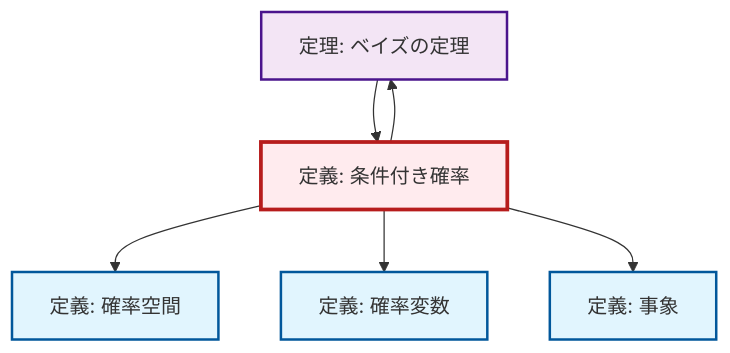
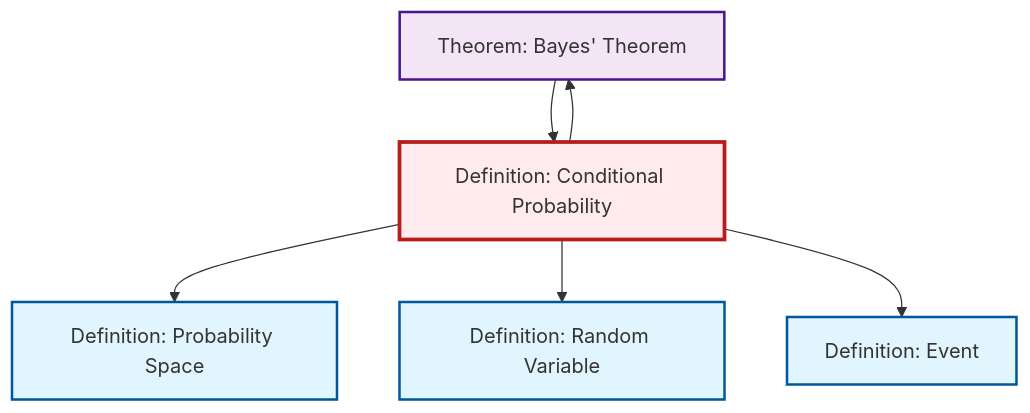
One commit to RK0429/ModernMath changed the diagram in content/ja/probability-statistics/def-conditional-probability.qmd. Above: the diagram before and after it, drawn with Mermaid. The commit also changed 203 other files, not shown here.

````diff
--- a/content/ja/probability-statistics/def-conditional-probability.qmd
+++ b/content/ja/probability-statistics/def-conditional-probability.qmd
@@ -70,25 +70,20 @@
 ```{mermaid}
-%%| fig-cap: "局所依存関係グラフ"
+%%| fig-cap: "Local dependency graph"
 graph TD
     classDef definition fill:#e1f5fe,stroke:#01579b,stroke-width:2px
     classDef theorem fill:#f3e5f5,stroke:#4a148c,stroke-width:2px
     classDef axiom fill:#fff3e0,stroke:#e65100,stroke-width:2px
     classDef example fill:#e8f5e9,stroke:#1b5e20,stroke-width:2px
     classDef current fill:#ffebee,stroke:#b71c1c,stroke-width:3px
-    def-event["定義: 事象"]:::definition
-    def-random-variable["定義: 確率変数"]:::definition
-    thm-bayes["定理: ベイズの定理"]:::theorem
-    def-probability-space["定義: 確率空間"]:::definition
-    def-conditional-probability["定義: 条件付き確率"]:::definition
+    def-event["Definition: Event"]:::definition
+    def-random-variable["Definition: Random Variable"]:::definition
+    thm-bayes["Theorem: Bayes' Theorem"]:::theorem
+    def-probability-space["Definition: Probability Space"]:::definition
+    def-conditional-probability["Definition: Conditional Probability"]:::definition
     def-conditional-probability --> def-probability-space
     def-conditional-probability --> def-random-variable
     def-conditional-probability --> def-event
     def-conditional-probability --> thm-bayes
     thm-bayes --> def-conditional-probability
     class def-conditional-probability current
-
-    click def-event "def-event.html" "Go to 定義: 事象"
-    click def-random-variable "def-random-variable.html" "Go to 定義: 確率変数"
-    click thm-bayes "thm-bayes.html" "Go to 定理: ベイズの定理"
-    click def-probability-space "def-probability-space.html" "Go to 定義: 確率空間"
 ```
````
